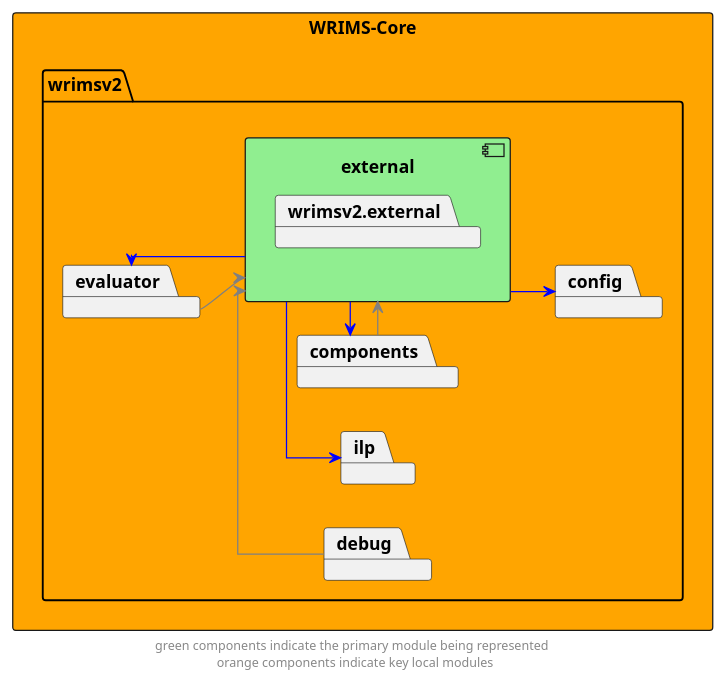
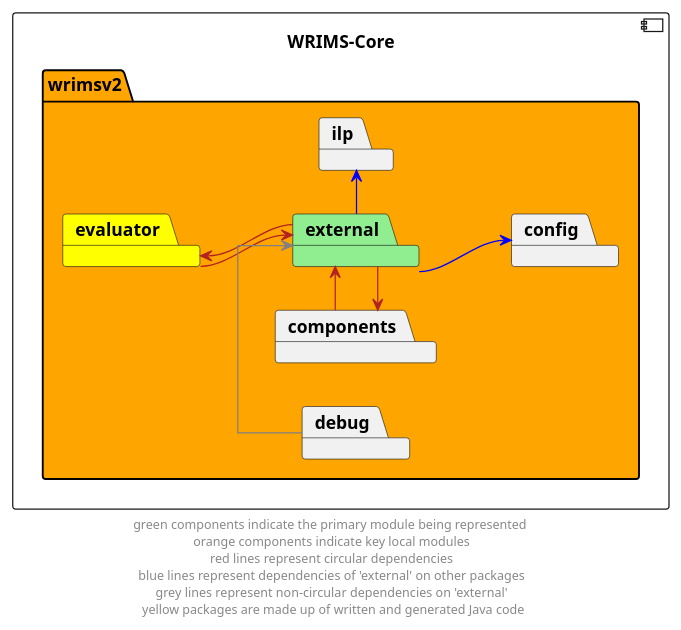
One commit to CentralValleyModeling/wrims changed the diagram in docs/diagrams/wrims-core/wrims-core_external.puml. Above: the diagram before and after it, drawn with PlantUML. The commit also changed 63 other files, not shown here.

First line of the commit message:
Updated diagrams for improved consistency and legibility (#226)

```diff
--- a/docs/diagrams/wrims-core/wrims-core_external.puml
+++ b/docs/diagrams/wrims-core/wrims-core_external.puml
@@ -1,33 +1,31 @@
 @startuml
 left to right direction
 skinparam linetype ortho
 
-rectangle wrims_core as "WRIMS-Core" #orange {
-    package wrimsv2 {
-        component external #lightgreen {
-            package wrimsv2.external
-        }
+component wrims_core as "WRIMS-Core" {
+    package wrimsv2  #orange{
+        package external #lightgreen
         package components
         package config
         package debug
-        package evaluator
+        package evaluator #yellow
         package ilp
     }
 }
 
-components -r-> external #grey
-external -l-> components #blue
+components -r-> external #firebrick
+external -l-> components #firebrick
 
-evaluator -r-> external #grey
-external -l-> evaluator #blue
+evaluator -r-> external #firebrick
+external -l-> evaluator #firebrick
 
 external -r-> ilp #blue
 external --> config #blue
 
 debug -> external #grey
 
 ' The following relationships are hidden and used to format the diagram. They do not represent actual dependencies.
 components -u[hidden]-> evaluator
 
-footer "green components indicate the primary module being represented \n orange components indicate key local modules"
+footer "green components indicate the primary module being represented \n orange components indicate key local modules \n red lines represent circular dependencies \n blue lines represent dependencies of 'external' on other packages \n grey lines represent non-circular dependencies on 'external' \n yellow packages are made up of written and generated Java code"
 @enduml
```
